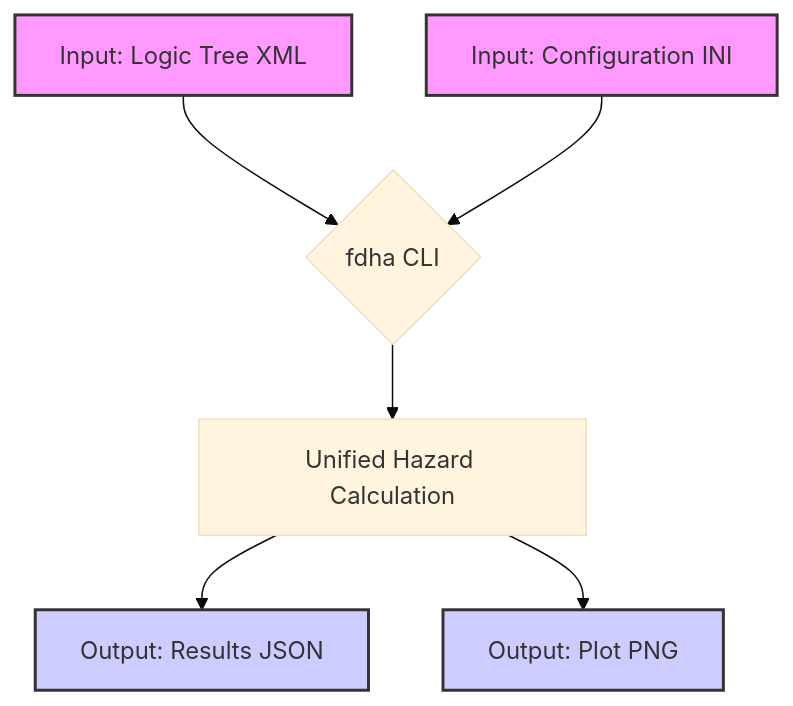
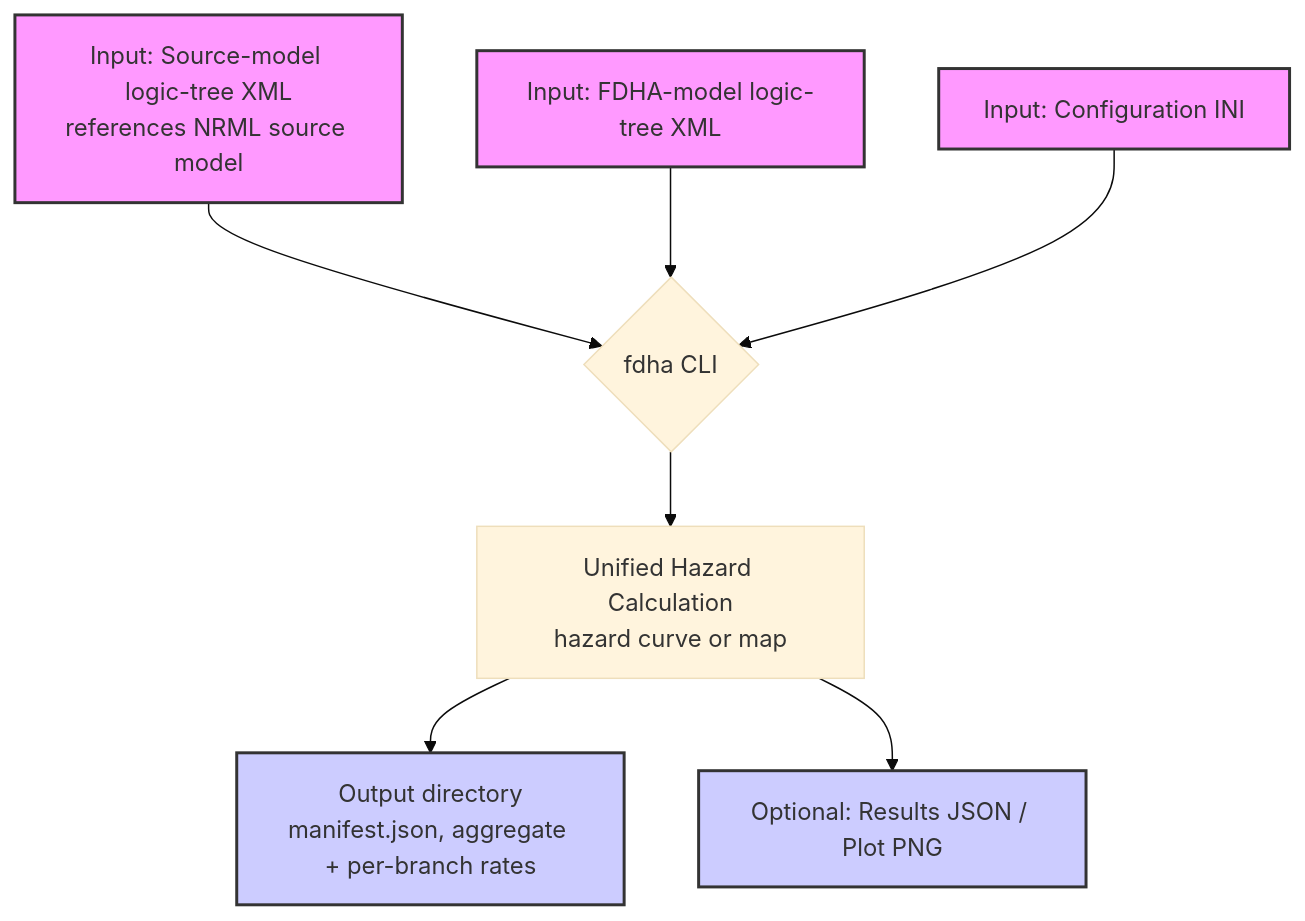
One commit to vup1120/oq-pfdha changed the diagram in docs/UserManual_Enhanced/index.md. Above: the diagram before and after it, drawn with Mermaid (base theme). The commit also changed other lines of this file, not shown here.

Commit message:
Correct High-Level Workflow diagram in index.md
The diagram showed a single 'Logic Tree XML' input and only JSON/PNG outputs.
The tool actually requires three inputs (INI, source-model logic-tree XML,
FDHA-model logic-tree XML) and writes an output directory (manifest.json,
aggregate and per-branch rates) with JSON/plot as optional CLI extras.

````diff
--- a/docs/UserManual_Enhanced/index.md
+++ b/docs/UserManual_Enhanced/index.md
@@ -23,13 +26,15 @@
 ```mermaid
 graph TD
-    A[Input: Logic Tree XML] --> C{fdha CLI};
-    B[Input: Configuration INI] --> C;
-    C --> D[Unified Hazard Calculation];
-    D --> E[Output: Results JSON];
-    D --> F[Output: Plot PNG];
+    A[Input: Source-model logic-tree XML<br/>references NRML source model] --> C{fdha CLI};
+    B[Input: FDHA-model logic-tree XML] --> C;
+    G[Input: Configuration INI] --> C;
+    C --> D[Unified Hazard Calculation<br/>hazard curve or map];
+    D --> E[Output directory<br/>manifest.json, aggregate + per-branch rates];
+    D --> F[Optional: Results JSON / Plot PNG];
 
     style A fill:#f9f,stroke:#333,stroke-width:2px
     style B fill:#f9f,stroke:#333,stroke-width:2px
+    style G fill:#f9f,stroke:#333,stroke-width:2px
     style E fill:#ccf,stroke:#333,stroke-width:2px
     style F fill:#ccf,stroke:#333,stroke-width:2px
 ```
````
